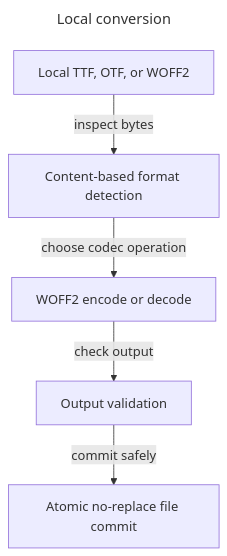
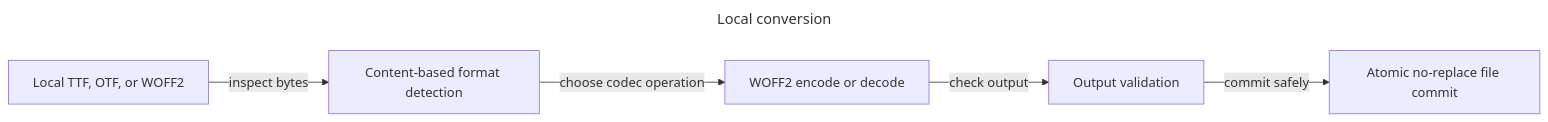
One commit to Microck/moji changed the second of 2 diagrams in docs/content/docs/explanation/architecture.mdx. Above: the diagram before and after it, drawn with Mermaid. The commit also changed other lines of this file and 1 other file, not shown here.

Commit message:
docs: use horizontal architecture diagrams

````diff
--- a/docs/content/docs/explanation/architecture.mdx
+++ b/docs/content/docs/explanation/architecture.mdx
@@ -23,14 +23,14 @@
 ```mermaid
 ---
 title: Local conversion
 ---
-flowchart TD
+flowchart LR
   accTitle: Local font conversion pipeline
   accDescr: A local font passes through content-based format detection, WOFF2 encoding or decoding, output validation, and an atomic file commit.
 
   input["Local TTF, OTF, or WOFF2"] -->|inspect bytes| detect["Content-based format detection"]
   detect -->|choose codec operation| codec["WOFF2 encode or decode"]
   codec -->|check output| validate["Output validation"]
   validate -->|commit safely| commit["Atomic no-replace file commit"]
 
 ```
````
